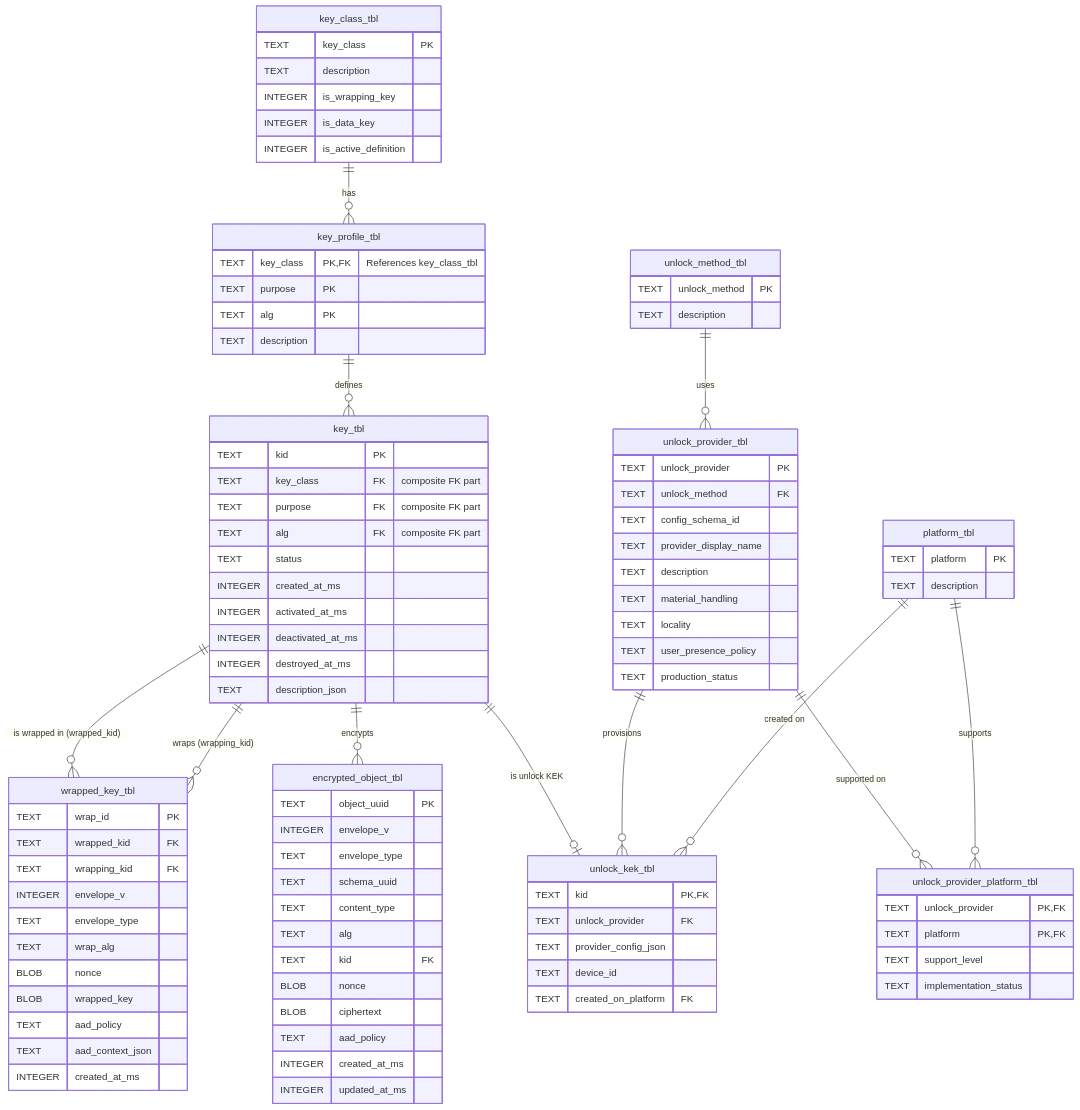
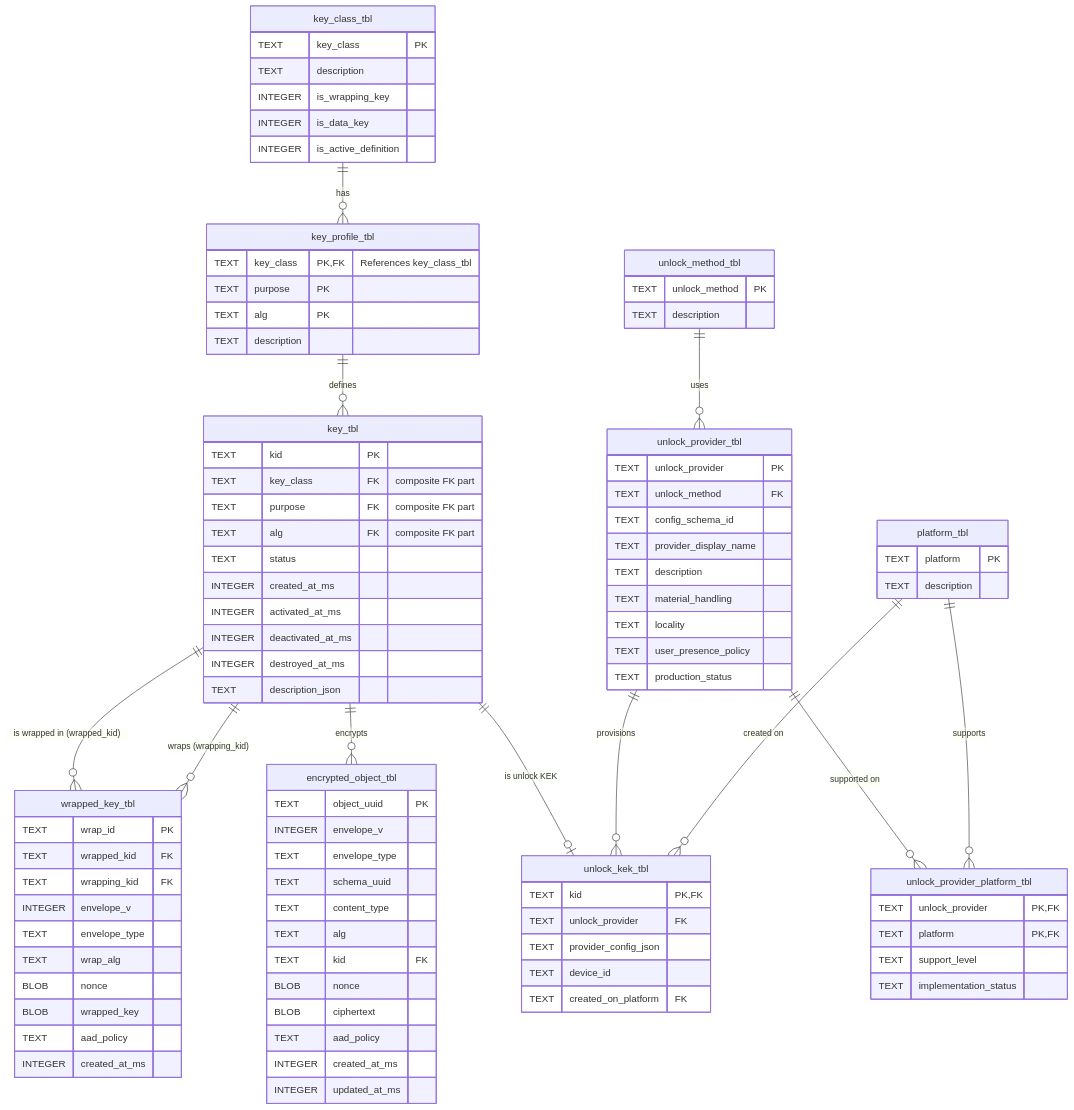
Before and after one commit to TakashiSasaki/encrypted-database: the diagram in docs/backend/sqlite/er-diagram.md, drawn with Mermaid. The commit also changed 20 other files, not shown here.

```diff
--- a/docs/backend/sqlite/er-diagram.md
+++ b/docs/backend/sqlite/er-diagram.md
@@ -54,7 +54,6 @@
         BLOB nonce
         BLOB wrapped_key
         TEXT aad_policy
-        TEXT aad_context_json
         INTEGER created_at_ms
     }
 
```
